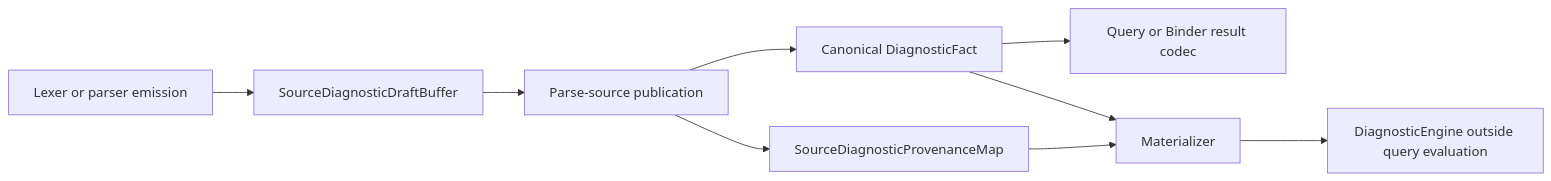
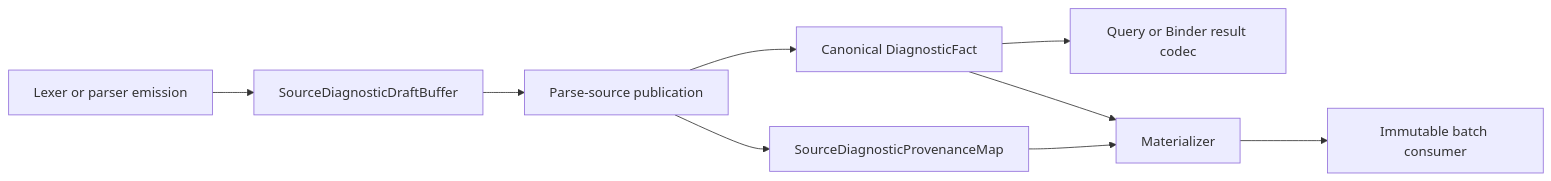
Before and after one commit to Zzzode/ZOM: the first of 2 diagrams in docs/rfc/0042-canonical-diagnostic-fact-atomic-cutover.md, drawn with Mermaid. The commit also changed other lines of this file and 238 other files, not shown here.

````diff
--- a/docs/rfc/0042-canonical-diagnostic-fact-atomic-cutover.md
+++ b/docs/rfc/0042-canonical-diagnostic-fact-atomic-cutover.md
@@ -141,11 +141,11 @@
 ```mermaid
 flowchart LR
     E["Lexer or parser emission"] --> D["SourceDiagnosticDraftBuffer"]
     D --> P["Parse-source publication"]
     P --> F["Canonical DiagnosticFact"]
     P --> M["SourceDiagnosticProvenanceMap"]
     F --> Q["Query or Binder result codec"]
     F --> R["Materializer"]
     M --> R
-    R --> O["DiagnosticEngine outside query evaluation"]
+    R --> O["Immutable batch consumer"]
 ```
````
